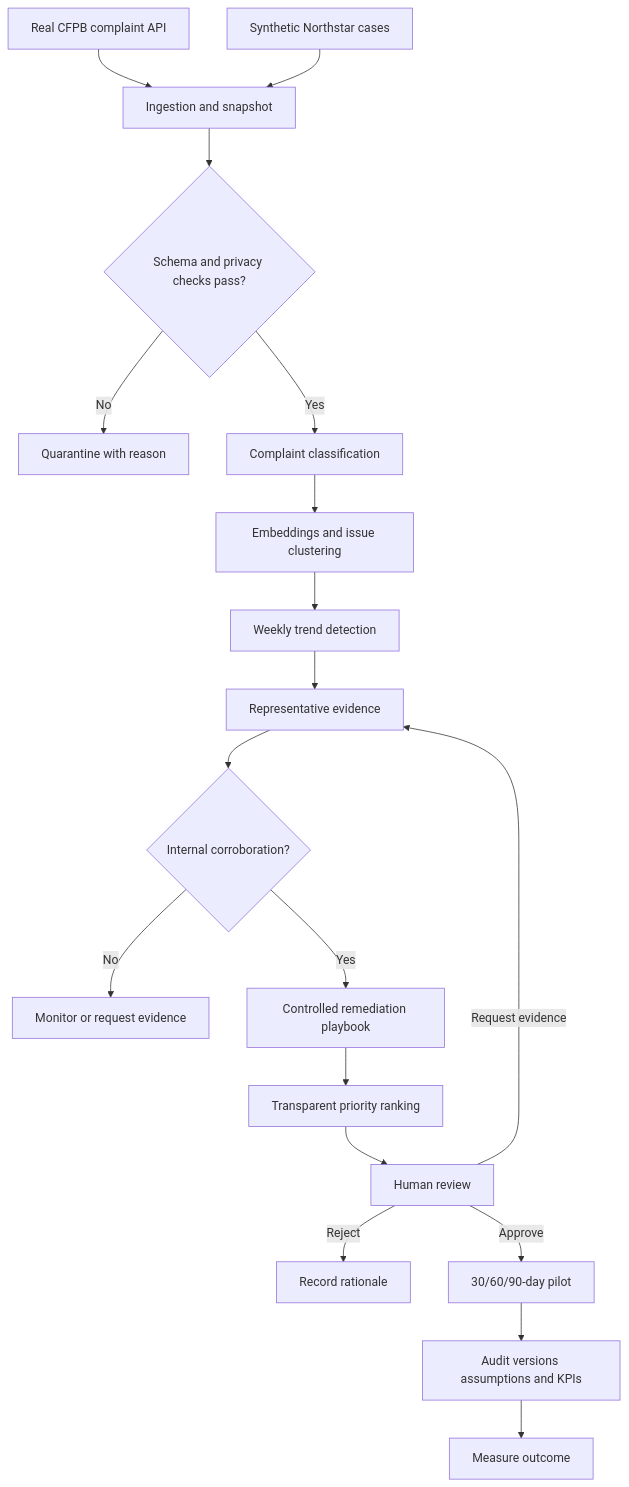
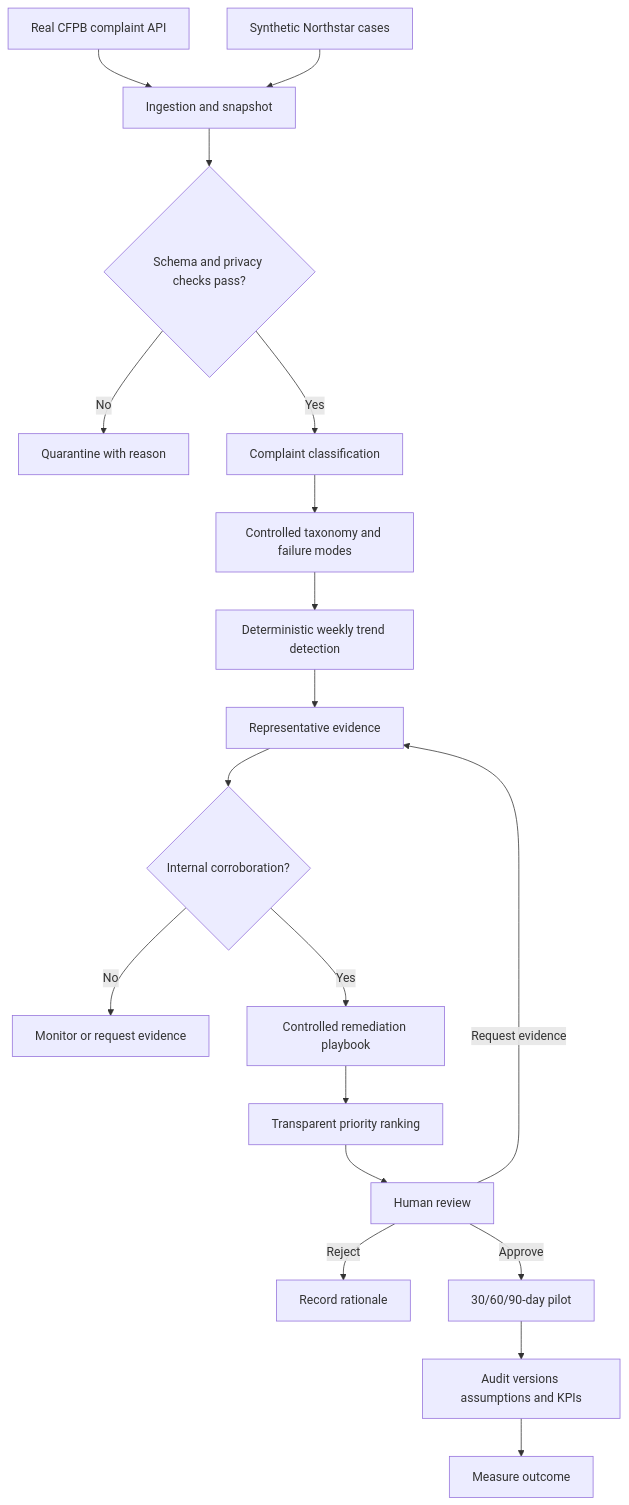
One commit to vedantjainsc-hub/signalfix changed the diagram in docs/architecture.md. Above: the diagram before and after it, drawn with Mermaid. The commit also changed other lines of this file and 6 other files, not shown here.

````diff
--- a/docs/architecture.md
+++ b/docs/architecture.md
@@ -5,21 +5,21 @@
 ```mermaid
 flowchart TD
     A[Real CFPB complaint API] --> C[Ingestion and snapshot]
     B[Synthetic Northstar cases] --> C
     C --> D{Schema and privacy checks pass?}
     D -- No --> E[Quarantine with reason]
     D -- Yes --> F[Complaint classification]
-    F --> G[Embeddings and issue clustering]
-    G --> H[Weekly trend detection]
+    F --> G[Controlled taxonomy and failure modes]
+    G --> H[Deterministic weekly trend detection]
     H --> I[Representative evidence]
     I --> J{Internal corroboration?}
     J -- No --> K[Monitor or request evidence]
     J -- Yes --> L[Controlled remediation playbook]
     L --> M[Transparent priority ranking]
     M --> N[Human review]
     N -- Reject --> O[Record rationale]
     N -- Request evidence --> I
     N -- Approve --> P[30/60/90-day pilot]
     P --> Q[Audit versions assumptions and KPIs]
     Q --> R[Measure outcome]
 ```
````
